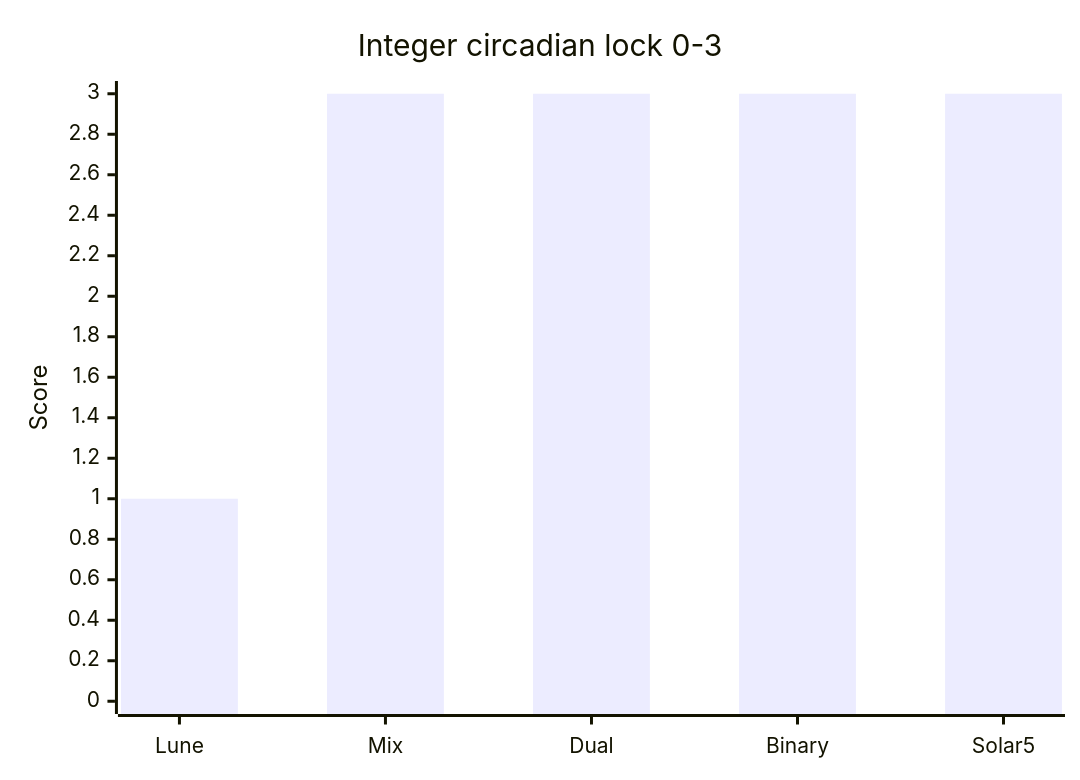
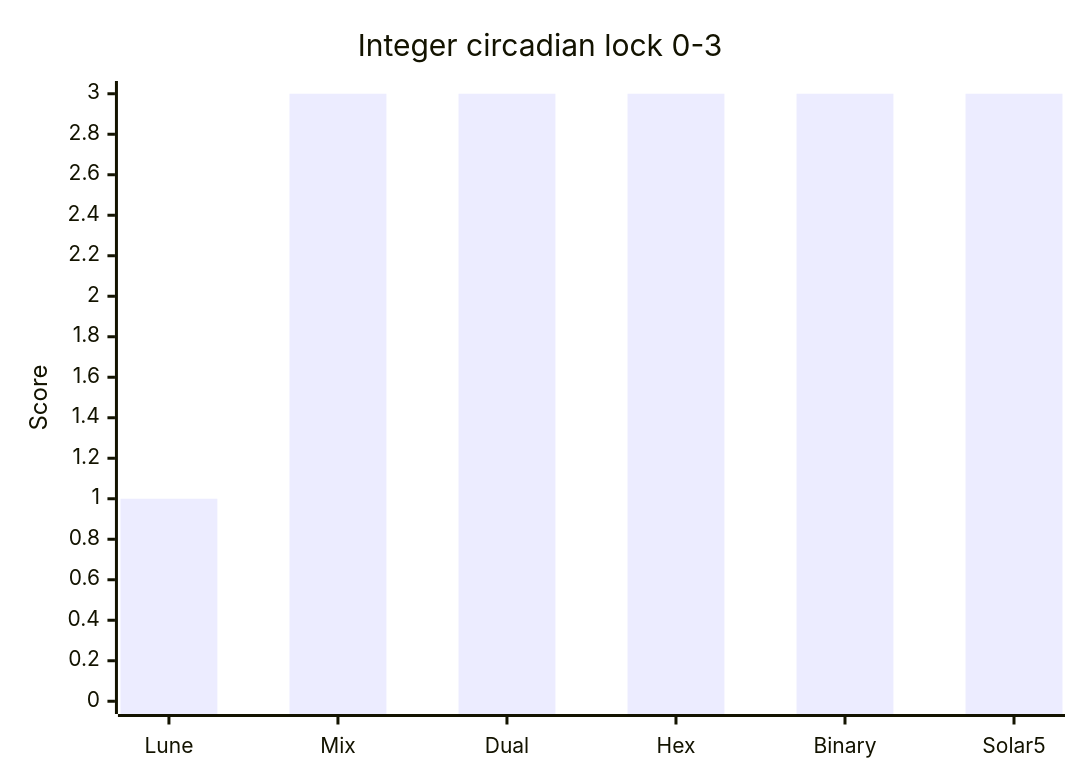
The fourth of 4 diagrams in 06-visual/systems-quadrant.md (ProgrammerNomad/Epact), drawn with Mermaid before and after one commit. The commit also changed other lines of this file and 23 other files, not shown here.

````diff
--- a/06-visual/systems-quadrant.md
+++ b/06-visual/systems-quadrant.md
@@ -60,7 +62,7 @@
 ```mermaid
 xychart
     title "Integer circadian lock 0-3"
-    x-axis ["Lune", "Mix", "Dual", "Binary", "Solar5"]
+    x-axis ["Lune", "Mix", "Dual", "Hex", "Binary", "Solar5"]
     y-axis "Score" 0 --> 3
-    bar [1, 3, 3, 3, 3]
+    bar [1, 3, 3, 3, 3, 3]
 ```
````
